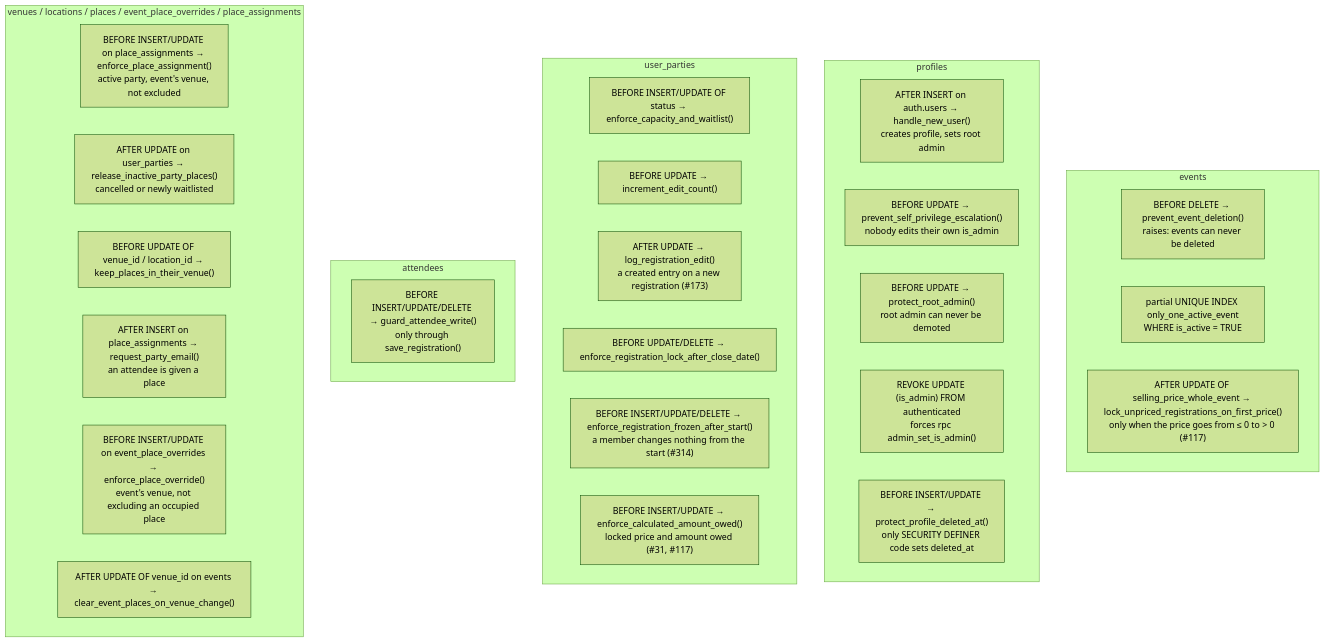
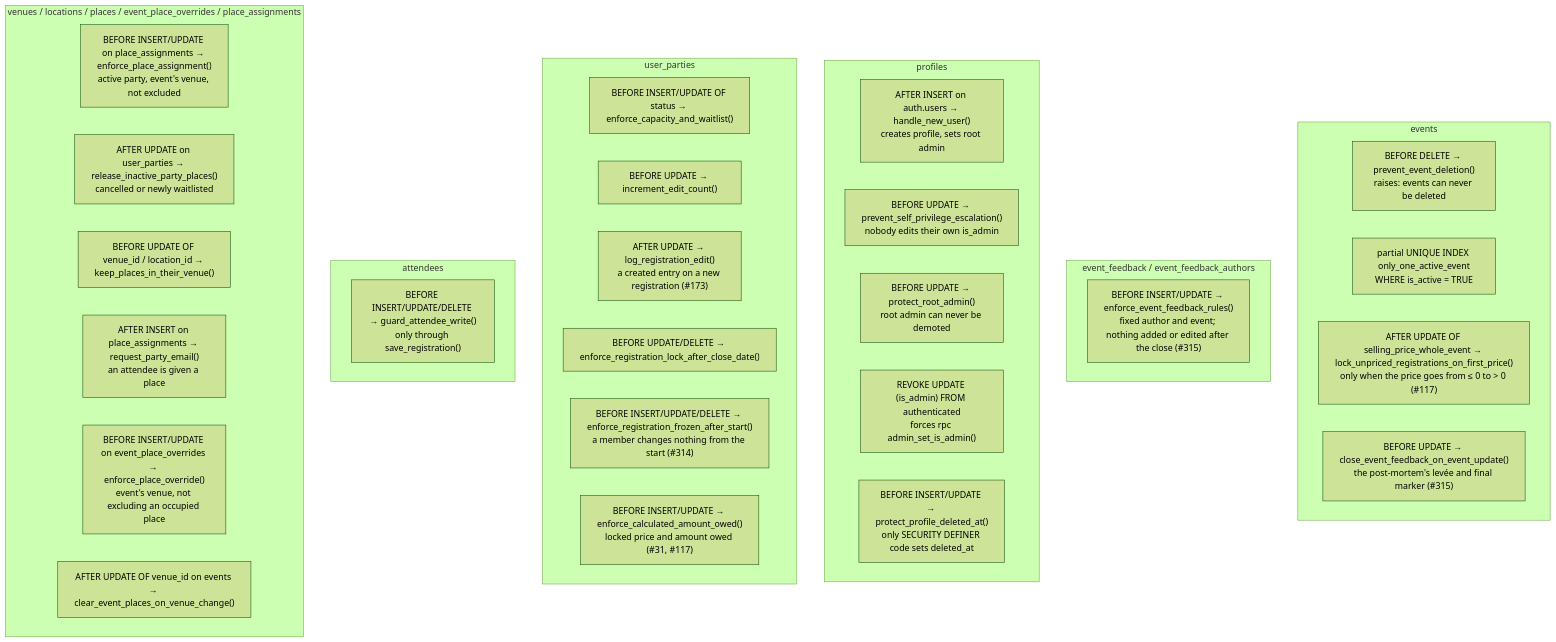
The second of 2 diagrams in docs/03-data-model.md (YULmix/yulmix-la-bedaine), drawn with Mermaid (forest theme) before and after one commit. The commit also changed other lines of this file and 9 other files, not shown here.

First line of the commit message:
feat(feedback): post-mortem answers, truly anonymous after the « levée » (#315) (#333)

````diff
--- a/docs/03-data-model.md
+++ b/docs/03-data-model.md
@@ -355,34 +382,38 @@
 ```mermaid
 flowchart TD
   subgraph events
     E1["BEFORE DELETE → prevent_event_deletion()<br/>raises: events can never be deleted"]
     E2["partial UNIQUE INDEX only_one_active_event<br/>WHERE is_active = TRUE"]
     E3["AFTER UPDATE OF selling_price_whole_event → lock_unpriced_registrations_on_first_price()<br/>only when the price goes from ≤ 0 to > 0 (#117)"]
+    E4["BEFORE UPDATE → close_event_feedback_on_event_update()<br/>the post-mortem's levée and final marker (#315)"]
+  end
+  subgraph feedback["event_feedback / event_feedback_authors"]
+    F1["BEFORE INSERT/UPDATE → enforce_event_feedback_rules()<br/>fixed author and event; nothing added or edited after the close (#315)"]
   end
   subgraph profiles
     P1["AFTER INSERT on auth.users → handle_new_user()<br/>creates profile, sets root admin"]
     P2["BEFORE UPDATE → prevent_self_privilege_escalation()<br/>nobody edits their own is_admin"]
     P3["BEFORE UPDATE → protect_root_admin()<br/>root admin can never be demoted"]
     P4["REVOKE UPDATE (is_admin) FROM authenticated<br/>forces rpc admin_set_is_admin()"]
     P5["BEFORE INSERT/UPDATE → protect_profile_deleted_at()<br/>only SECURITY DEFINER code sets deleted_at"]
   end
   subgraph user_parties
     U2["BEFORE INSERT/UPDATE OF status → enforce_capacity_and_waitlist()"]
     U3["BEFORE UPDATE → increment_edit_count()"]
     U4["AFTER UPDATE → log_registration_edit()<br/>a created entry on a new registration (#173)"]
     U5["BEFORE UPDATE/DELETE → enforce_registration_lock_after_close_date()"]
     U7["BEFORE INSERT/UPDATE/DELETE → enforce_registration_frozen_after_start()<br/>a member changes nothing from the start (#314)"]
     U6["BEFORE INSERT/UPDATE → enforce_calculated_amount_owed()<br/>locked price and amount owed (#31, #117)"]
   end
   subgraph attendees
     A1["BEFORE INSERT/UPDATE/DELETE → guard_attendee_write()<br/>only through save_registration()"]
   end
   subgraph places["venues / locations / places / event_place_overrides / place_assignments"]
     L1["BEFORE INSERT/UPDATE on place_assignments → enforce_place_assignment()<br/>active party, event's venue, not excluded"]
     L2["AFTER UPDATE on user_parties → release_inactive_party_places()<br/>cancelled or newly waitlisted"]
     L3["BEFORE UPDATE OF venue_id / location_id → keep_places_in_their_venue()"]
     L4["AFTER INSERT on place_assignments → request_party_email()<br/>an attendee is given a place"]
     L5["BEFORE INSERT/UPDATE on event_place_overrides → enforce_place_override()<br/>event's venue, not excluding an occupied place"]
     L6["AFTER UPDATE OF venue_id on events → clear_event_places_on_venue_change()"]
   end
 ```
````
